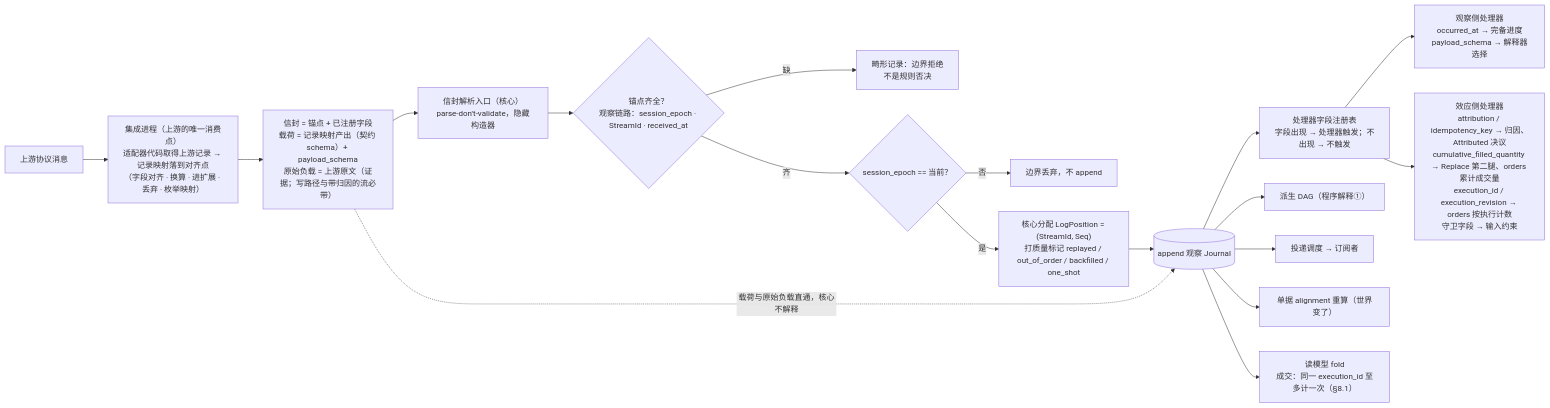
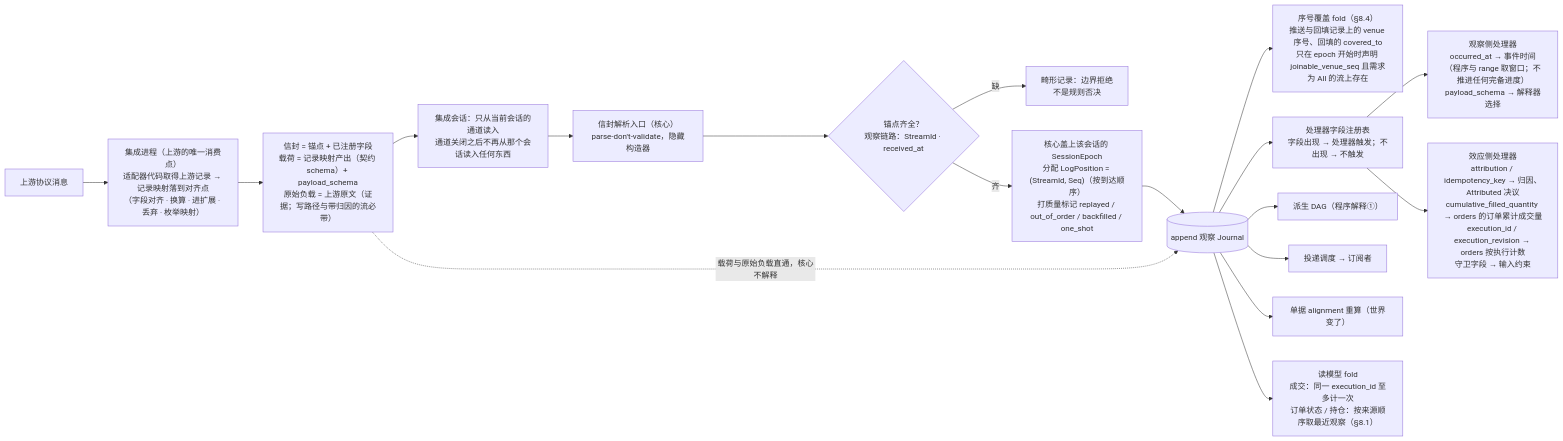
The first of 4 diagrams in design/diagrams/02-record-model.md (mouriya-s-lab/uta), drawn with Mermaid before and after one commit. The commit also changed other lines of this file and 12 other files, not shown here.

````diff
--- a/design/diagrams/02-record-model.md
+++ b/design/diagrams/02-record-model.md
@@ -9,20 +9,20 @@
 ```mermaid
 flowchart LR
   UP["上游协议消息"] --> INT["集成进程（上游的唯一消费点）<br/>适配器代码取得上游记录 → 记录映射落到对齐点<br/>（字段对齐 · 换算 · 进扩展 · 丢弃 · 枚举映射）"]
   INT --> ENV["信封 = 锚点 + 已注册字段<br/>载荷 = 记录映射产出（契约 schema）+ payload_schema<br/>原始负载 = 上游原文（证据；写路径与带归因的流必带）"]
-  ENV --> PARSE["信封解析入口（核心）<br/>parse-don't-validate，隐藏构造器"]
-  PARSE --> ANCH{"锚点齐全？<br/>观察链路：session_epoch · StreamId · received_at"}
+  ENV --> CH["集成会话：只从当前会话的通道读入<br/>通道关闭之后不再从那个会话读入任何东西"]
+  CH --> PARSE["信封解析入口（核心）<br/>parse-don't-validate，隐藏构造器"]
+  PARSE --> ANCH{"锚点齐全？<br/>观察链路：StreamId · received_at"}
   ANCH -->|"缺"| MAL["畸形记录：边界拒绝<br/>不是规则否决"]
-  ANCH -->|"齐"| EPOCH{"session_epoch == 当前？"}
-  EPOCH -->|"否"| DROP["边界丢弃，不 append"]
-  EPOCH -->|"是"| POS["核心分配 LogPosition = (StreamId, Seq)<br/>打质量标记 replayed / out_of_order / backfilled / one_shot"]
+  ANCH -->|"齐"| POS["核心盖上该会话的 SessionEpoch<br/>分配 LogPosition = (StreamId, Seq)（按到达顺序）<br/>打质量标记 replayed / out_of_order / backfilled / one_shot"]
   POS --> APPEND[("append 观察 Journal")]
+  APPEND --> COV["序号覆盖 fold（§8.4）<br/>推送与回填记录上的 venue 序号、回填的 covered_to<br/>只在 epoch 开始时声明 joinable_venue_seq 且需求为 All 的流上存在"]
   APPEND --> REG["处理器字段注册表<br/>字段出现 → 处理器触发；不出现 → 不触发"]
-  REG --> OH["观察侧处理器<br/>occurred_at → 完备进度<br/>payload_schema → 解释器选择"]
-  REG --> EH["效应侧处理器<br/>attribution / idempotency_key → 归因、Attributed 决议<br/>cumulative_filled_quantity → Replace 第二腿、orders 累计成交量<br/>execution_id / execution_revision → orders 按执行计数<br/>守卫字段 → 输入约束"]
+  REG --> OH["观察侧处理器<br/>occurred_at → 事件时间（程序与 range 取窗口；不推进任何完备进度）<br/>payload_schema → 解释器选择"]
+  REG --> EH["效应侧处理器<br/>attribution / idempotency_key → 归因、Attributed 决议<br/>cumulative_filled_quantity → orders 的订单累计成交量<br/>execution_id / execution_revision → orders 按执行计数<br/>守卫字段 → 输入约束"]
   APPEND --> DAG["派生 DAG（程序解释①）"]
   APPEND --> DELIV["投递调度 → 订阅者"]
   APPEND --> TKT["单据 alignment 重算（世界变了）"]
-  APPEND --> RM["读模型 fold<br/>成交：同一 execution_id 至多计一次（§8.1）"]
+  APPEND --> RM["读模型 fold<br/>成交：同一 execution_id 至多计一次<br/>订单状态 / 持仓：按来源顺序取最近观察（§8.1）"]
   ENV -.->|"载荷与原始负载直通，核心不解释"| APPEND
 ```
````
